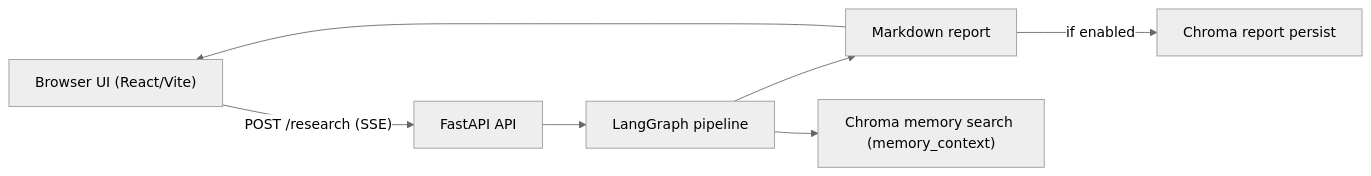
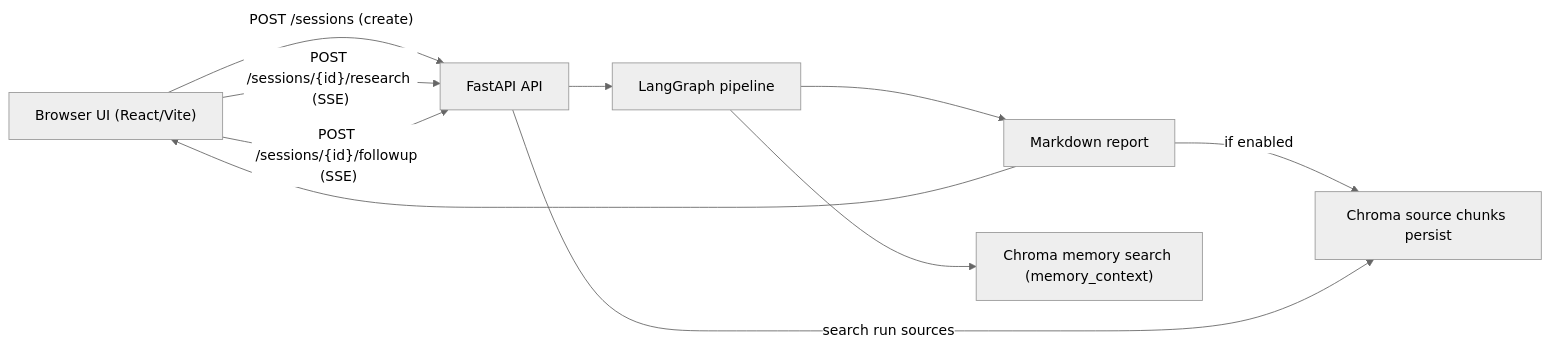
One commit to KostasCherv/research_agent changed the second of 2 diagrams in README.md. Above: the diagram before and after it, drawn with Mermaid (neutral theme). The commit also changed other lines of this file, not shown here.

Commit message:
docs: update README for research sessions and follow-up chat

````diff
--- a/README.md
+++ b/README.md
@@ -130,9 +134,12 @@
 ```mermaid
 flowchart LR
-    browser["Browser UI (React/Vite)"] -->|"POST /research (SSE)"| api["FastAPI API"]
+    browser["Browser UI (React/Vite)"] -->|"POST /sessions (create)"| api["FastAPI API"]
+    browser -->|"POST /sessions/{id}/research (SSE)"| api
     api --> pipelineFlow["LangGraph pipeline"]
     pipelineFlow --> reportOut["Markdown report"]
     pipelineFlow --> memorySearch["Chroma memory search (memory_context)"]
-    reportOut -->|"if enabled"| chromaPersist["Chroma report persist"]
+    reportOut -->|"if enabled"| chromaPersist["Chroma source chunks persist"]
     reportOut --> browser
+    browser -->|"POST /sessions/{id}/followup (SSE)"| api
+    api -->|"search run sources"| chromaPersist
 ```
````
